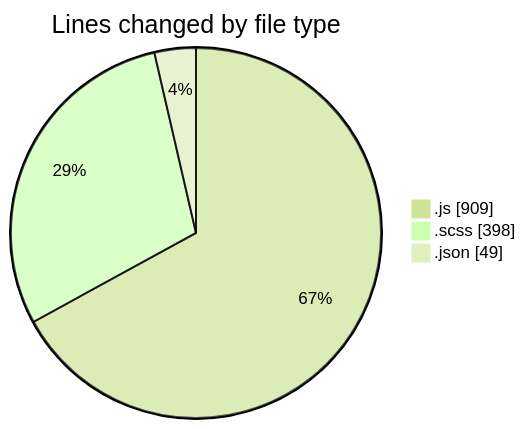
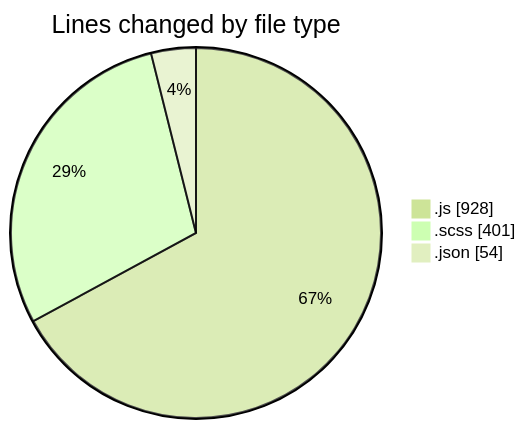
The first of 2 diagrams in 2026-01-05/cda/README.md (momahboobian/code-tracking), drawn with Mermaid (forest theme) before and after one commit. The commit also changed other lines of this file and 1 other file, not shown here.

````diff
--- a/2026-01-05/cda/README.md
+++ b/2026-01-05/cda/README.md
@@ -28,7 +28,7 @@
 ```mermaid
 pie showData
 title Lines changed by file type
-".js" : 909
-".scss" : 398
-".json" : 49
+".js" : 928
+".scss" : 401
+".json" : 54
 ```
````
